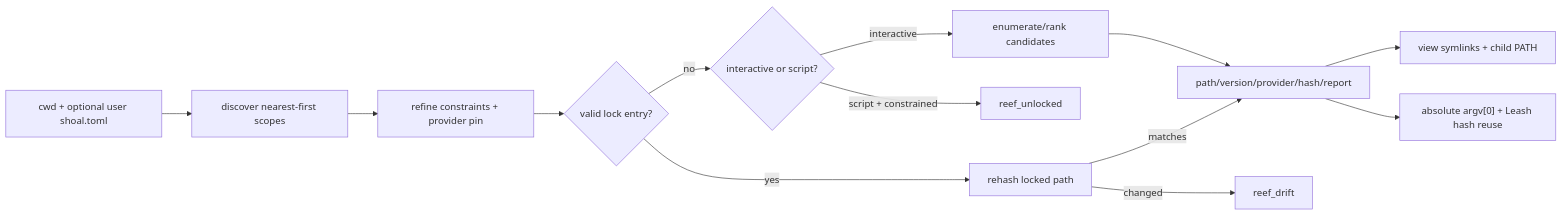
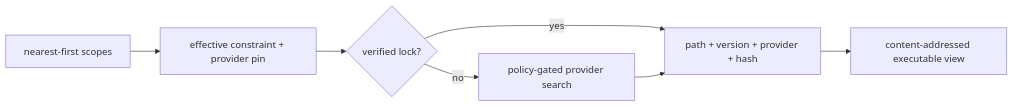
The diagram in site/content/internals/reef-resolution.md (alliecatowo/shoal), drawn with Mermaid before and after one commit. The commit also changed other lines of this file and 70 other files, not shown here.

Commit message:
docs: refine manual and architecture visuals

````diff
--- a/site/content/internals/reef-resolution.md
+++ b/site/content/internals/reef-resolution.md
@@ -20,15 +20,11 @@
 ```mermaid
 flowchart LR
-  Cwd["cwd + optional user shoal.toml"] --> Scope["discover nearest-first scopes"]
-  Scope --> Decision["refine constraints + provider pin"]
-  Decision --> Lock{"valid lock entry?"}
-  Lock -->|yes| Drift["rehash locked path"]
-  Lock -->|no| Policy{"interactive or script?"}
-  Policy -->|script + constrained| Unlocked["reef_unlocked"]
-  Policy -->|interactive| Providers["enumerate/rank candidates"]
-  Drift -->|matches| Resolution["path/version/provider/hash/report"]
-  Drift -->|changed| DriftErr["reef_drift"]
-  Providers --> Resolution
-  Resolution --> View["view symlinks + child PATH"]
-  Resolution --> Spawn["absolute argv[0] + Leash hash reuse"]
+accTitle: Reef resolution decision
+accDescr: Nearest-first scopes produce one effective constraint, which is satisfied by a verified lock or an allowed provider search before creating the executable view.
+  Scope["nearest-first scopes"] --> Decision["effective constraint + provider pin"]
+  Decision --> Lock{"verified lock?"}
+  Lock -->|yes| Resolution["path + version + provider + hash"]
+  Lock -->|no| Search["policy-gated provider search"]
+  Search --> Resolution
+  Resolution --> View["content-addressed executable view"]
 ```
````
